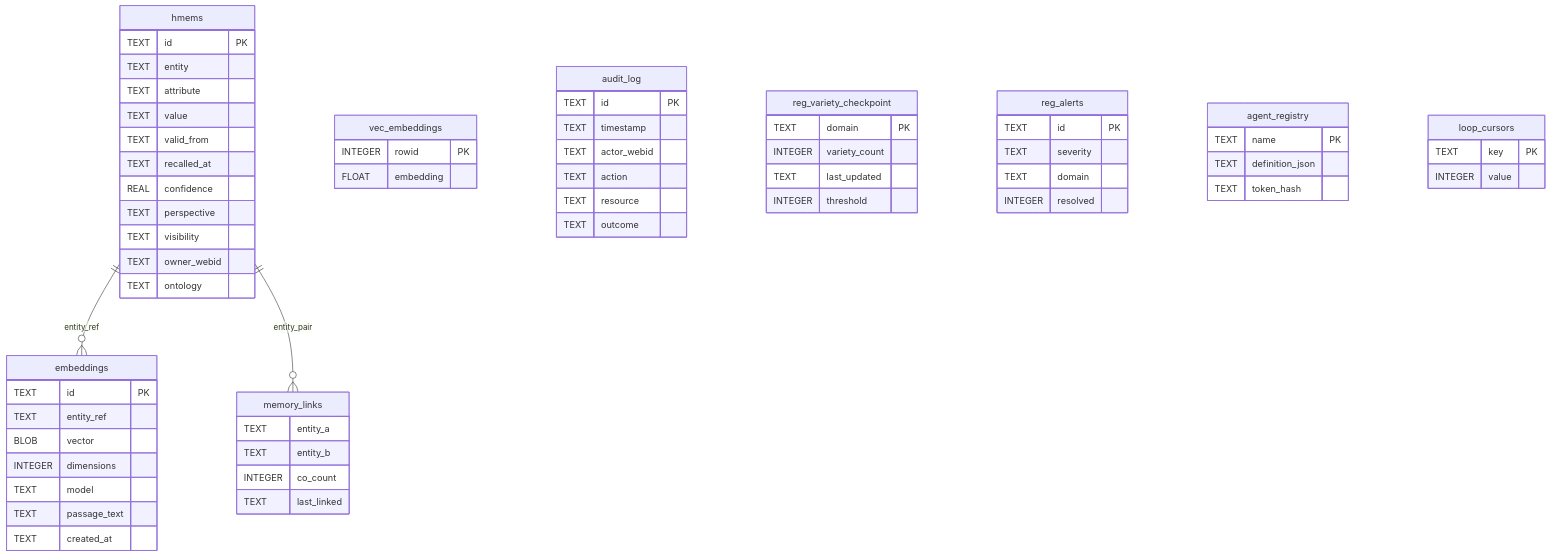
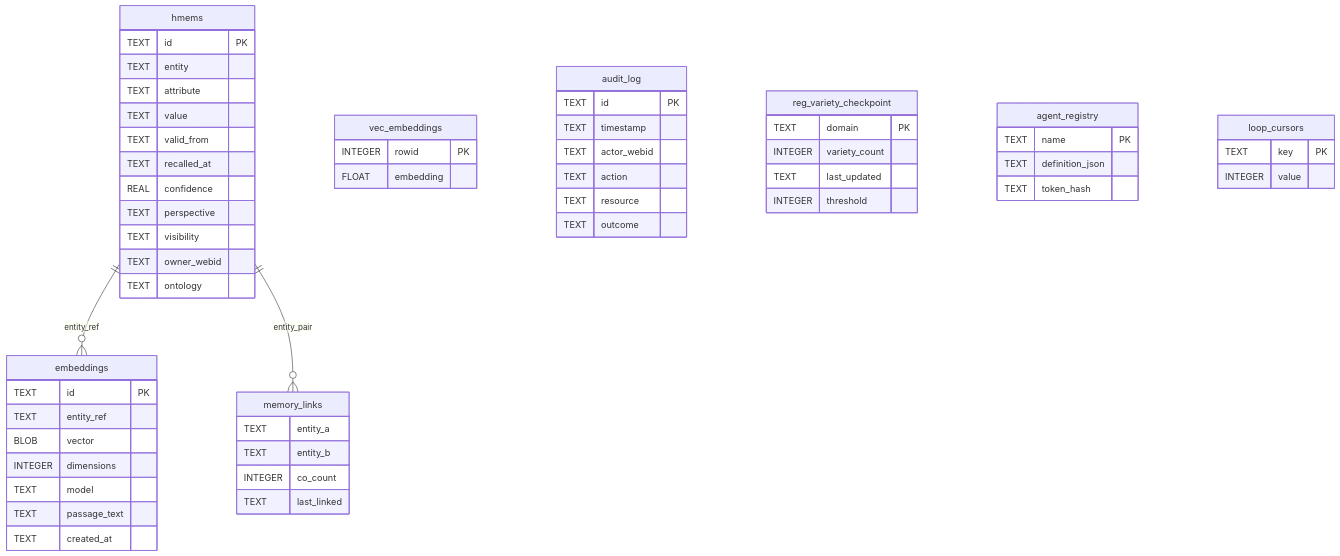
The third of 5 diagrams in kask/docs/diataxis/hkask-storage/reference.md (mdz-axo/zed-kask), drawn with Mermaid before and after one commit. The commit also changed other lines of this file and 26 other files, not shown here.

````diff
--- a/kask/docs/diataxis/hkask-storage/reference.md
+++ b/kask/docs/diataxis/hkask-storage/reference.md
@@ -165,66 +165,60 @@
 ```mermaid
 erDiagram
     hmems ||--o{ embeddings : entity_ref
     hmems ||--o{ memory_links : entity_pair
     hmems {
         TEXT id PK
         TEXT entity
         TEXT attribute
         TEXT value
         TEXT valid_from
         TEXT recalled_at
         REAL confidence
         TEXT perspective
         TEXT visibility
         TEXT owner_webid
         TEXT ontology
     }
     embeddings {
         TEXT id PK
         TEXT entity_ref
         BLOB vector
         INTEGER dimensions
         TEXT model
         TEXT passage_text
         TEXT created_at
     }
     vec_embeddings {
         INTEGER rowid PK
         FLOAT embedding
     }
     memory_links {
         TEXT entity_a
         TEXT entity_b
         INTEGER co_count
         TEXT last_linked
     }
     audit_log {
         TEXT id PK
         TEXT timestamp
         TEXT actor_webid
         TEXT action
         TEXT resource
         TEXT outcome
     }
     reg_variety_checkpoint {
         TEXT domain PK
         INTEGER variety_count
         TEXT last_updated
         INTEGER threshold
     }
-    reg_alerts {
-        TEXT id PK
-        TEXT severity
-        TEXT domain
-        INTEGER resolved
-    }
     agent_registry {
         TEXT name PK
         TEXT definition_json
         TEXT token_hash
     }
     loop_cursors {
         TEXT key PK
         INTEGER value
     }
 ```
````
